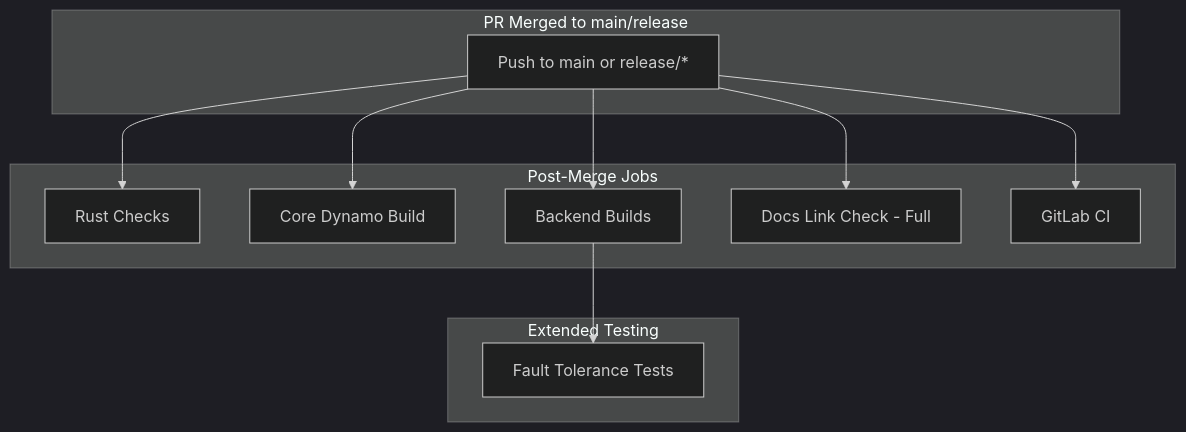
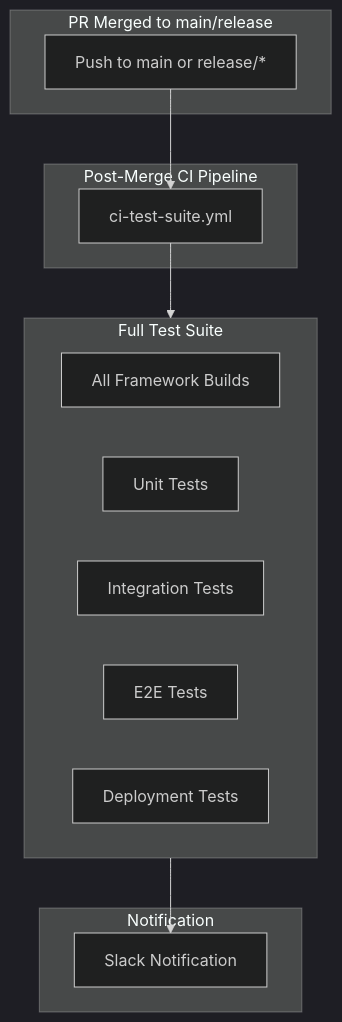
One commit to ai-dynamo/dynamo changed the fifth of 5 diagrams in .github/PR_WORKFLOW.md. Above: the diagram before and after it, drawn with Mermaid (dark theme). The commit also changed other lines of this file and 3 other files, not shown here.

````diff
--- a/.github/PR_WORKFLOW.md
+++ b/.github/PR_WORKFLOW.md
@@ -139,21 +178,26 @@
 ```mermaid
 flowchart TD
     subgraph Trigger["PR Merged to main/release"]
         A[Push to main or release/*]
     end
 
-    subgraph PostMerge["Post-Merge Jobs"]
-        B[Rust Checks]
-        C[Core Dynamo Build]
-        D[Backend Builds]
-        E[Docs Link Check - Full]
-        F[GitLab CI]
+    subgraph PostMerge["Post-Merge CI Pipeline"]
+        B[ci-test-suite.yml]
     end
 
-    subgraph Extended["Extended Testing"]
-        G[Fault Tolerance Tests]
+    subgraph Tests["Full Test Suite"]
+        C[All Framework Builds]
+        D[Unit Tests]
+        E[Integration Tests]
+        F[E2E Tests]
+        G[Deployment Tests]
     end
 
-    A --> B & C & D & E & F
-    D --> G
+    subgraph Notification
+        H[Slack Notification]
+    end
+
+    A --> B
+    B --> Tests
+    Tests --> H
 ```
````
